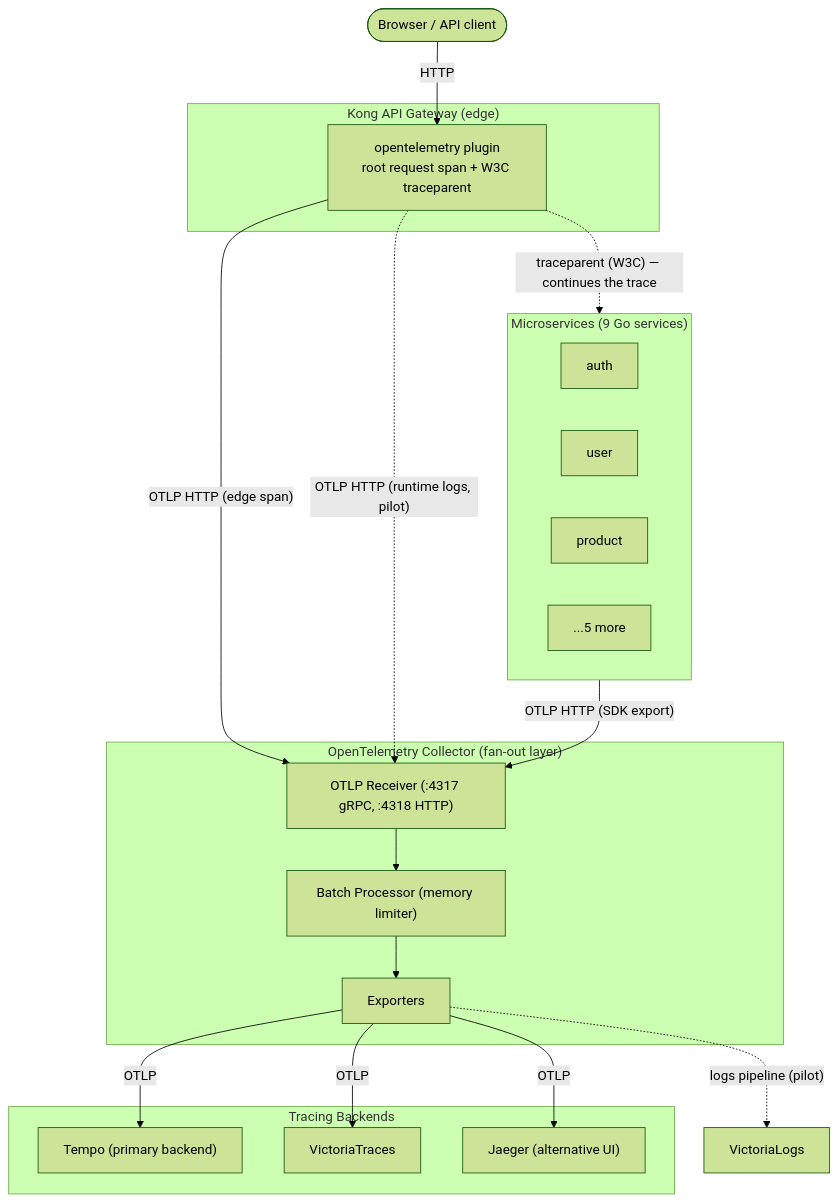
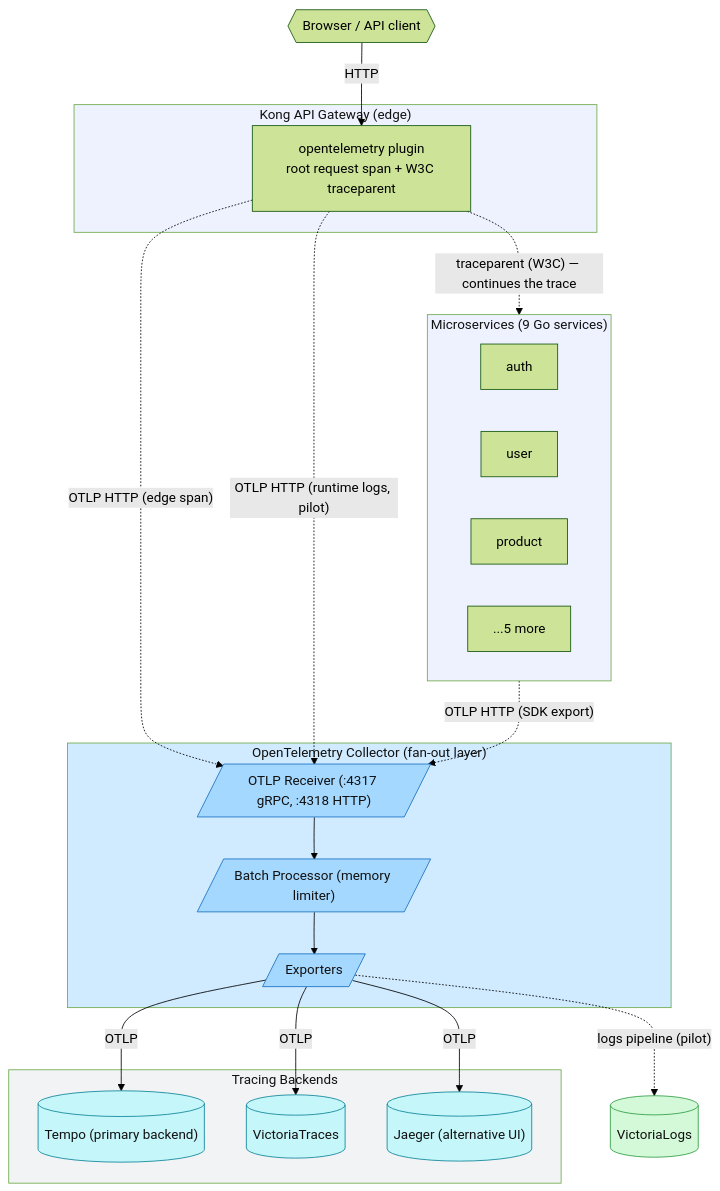
The first of 2 diagrams in docs/observability/tracing/architecture.md (duynhlab/homelab), drawn with Mermaid (forest theme) before and after one commit. The commit also changed 4 other files, not shown here.

First line of the commit message:
Restyle RFC-0014 observability diagrams

````diff
--- a/docs/observability/tracing/architecture.md
+++ b/docs/observability/tracing/architecture.md
@@ -11,39 +11,49 @@
 ```mermaid
 flowchart TB
-    Client([Browser / API client])
+    Client{{"Browser / API client"}}
 
     subgraph Edge["Kong API Gateway (edge)"]
         Kong["opentelemetry plugin<br/>root request span + W3C traceparent"]
     end
 
     subgraph Apps["Microservices (9 Go services)"]
         Auth[auth]
         User[user]
         Product[product]
         Others[...5 more]
     end
 
     subgraph OTelCollector["OpenTelemetry Collector (fan-out layer)"]
-        Receiver["OTLP Receiver (:4317 gRPC, :4318 HTTP)"]
-        Processor["Batch Processor (memory limiter)"]
-        Exporter[Exporters]
+        Receiver[/"OTLP Receiver (:4317 gRPC, :4318 HTTP)"/]
+        Processor[/"Batch Processor (memory limiter)"/]
+        Exporter[/"Exporters"/]
     end
 
     subgraph Backends["Tracing Backends"]
-        Tempo["Tempo (primary backend)"]
-        VT["VictoriaTraces"]
-        Jaeger["Jaeger (alternative UI)"]
+        Tempo[("Tempo (primary backend)")]
+        VT[("VictoriaTraces")]
+        Jaeger[("Jaeger (alternative UI)")]
     end
 
     Client -->|HTTP| Kong
     Kong -.->|"traceparent (W3C) — continues the trace"| Apps
-    Kong -->|"OTLP HTTP (edge span)"| Receiver
-    Apps -->|"OTLP HTTP (SDK export)"| Receiver
+    Kong -.->|"OTLP HTTP (edge span)"| Receiver
+    Apps -.->|"OTLP HTTP (SDK export)"| Receiver
     Receiver --> Processor
     Processor --> Exporter
     Exporter -->|OTLP| Tempo
     Exporter -->|OTLP| VT
     Exporter -->|OTLP| Jaeger
     Kong -.->|"OTLP HTTP (runtime logs, pilot)"| Receiver
-    Exporter -.->|"logs pipeline (pilot)"| VLogs["VictoriaLogs"]
+    Exporter -.->|"logs pipeline (pilot)"| VLogs[("VictoriaLogs")]
+    classDef otc fill:#a5d8ff,stroke:#1971c2,color:#111;
+    classDef trace fill:#c5f6fa,stroke:#0c8599,color:#111;
+    classDef log fill:#d3f9d8,stroke:#2f9e44,color:#111;
+    class Receiver,Processor,Exporter otc;
+    class Tempo,VT,Jaeger trace;
+    class VLogs log;
+    style Edge fill:#eef2ff,color:#111;
+    style Apps fill:#eef2ff,color:#111;
+    style OTelCollector fill:#d0ebff,color:#111;
+    style Backends fill:#f1f3f5,color:#111;
 ```
````
